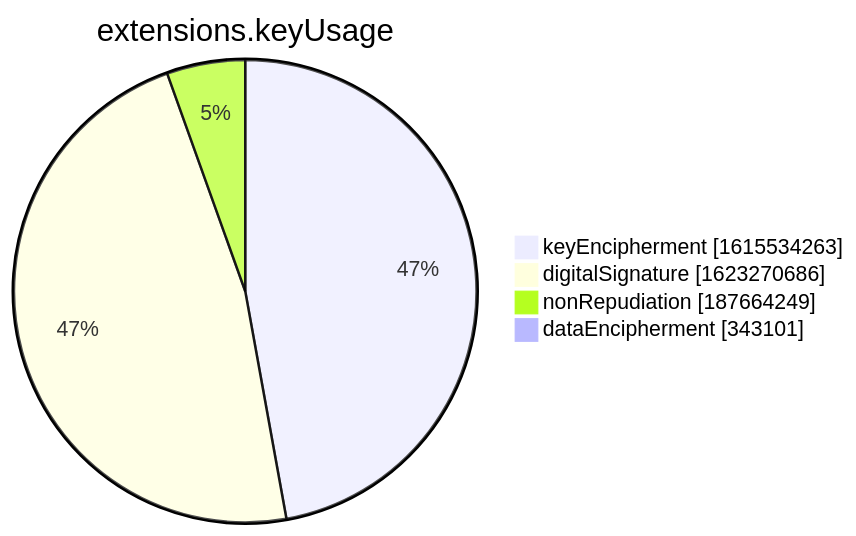
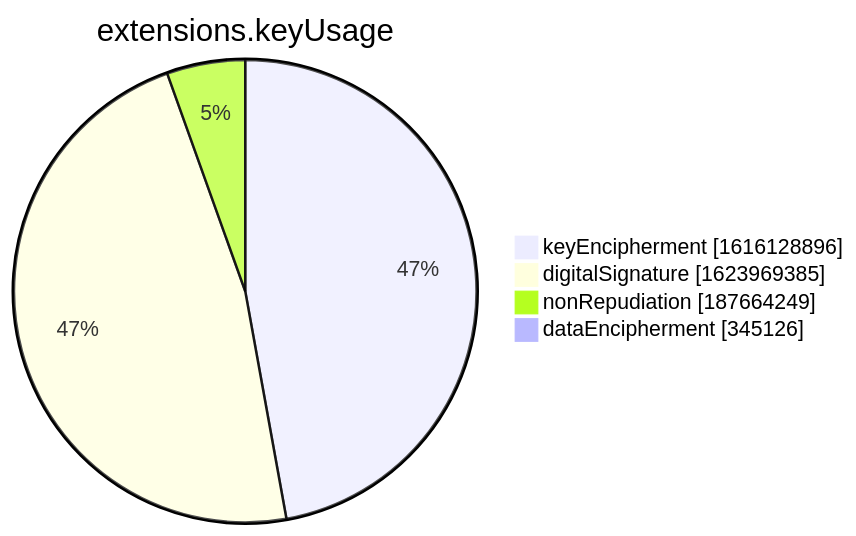
Before and after one commit to christiankrug/ctmonitor_visualization: the seventh of 15 diagrams in xenon2022/README.md, drawn with Mermaid. The commit also changed other lines of this file, not shown here.

````diff
--- a/xenon2022/README.md
+++ b/xenon2022/README.md
@@ -2855,8 +2855,8 @@
 ```mermaid
 pie showData
 title extensions.keyUsage
-"keyEncipherment" :1615534263
-"digitalSignature" :1623270686
+"keyEncipherment" :1616128896
+"digitalSignature" :1623969385
 "nonRepudiation" :187664249
-"dataEncipherment" :343101
+"dataEncipherment" :345126
 ```
````
